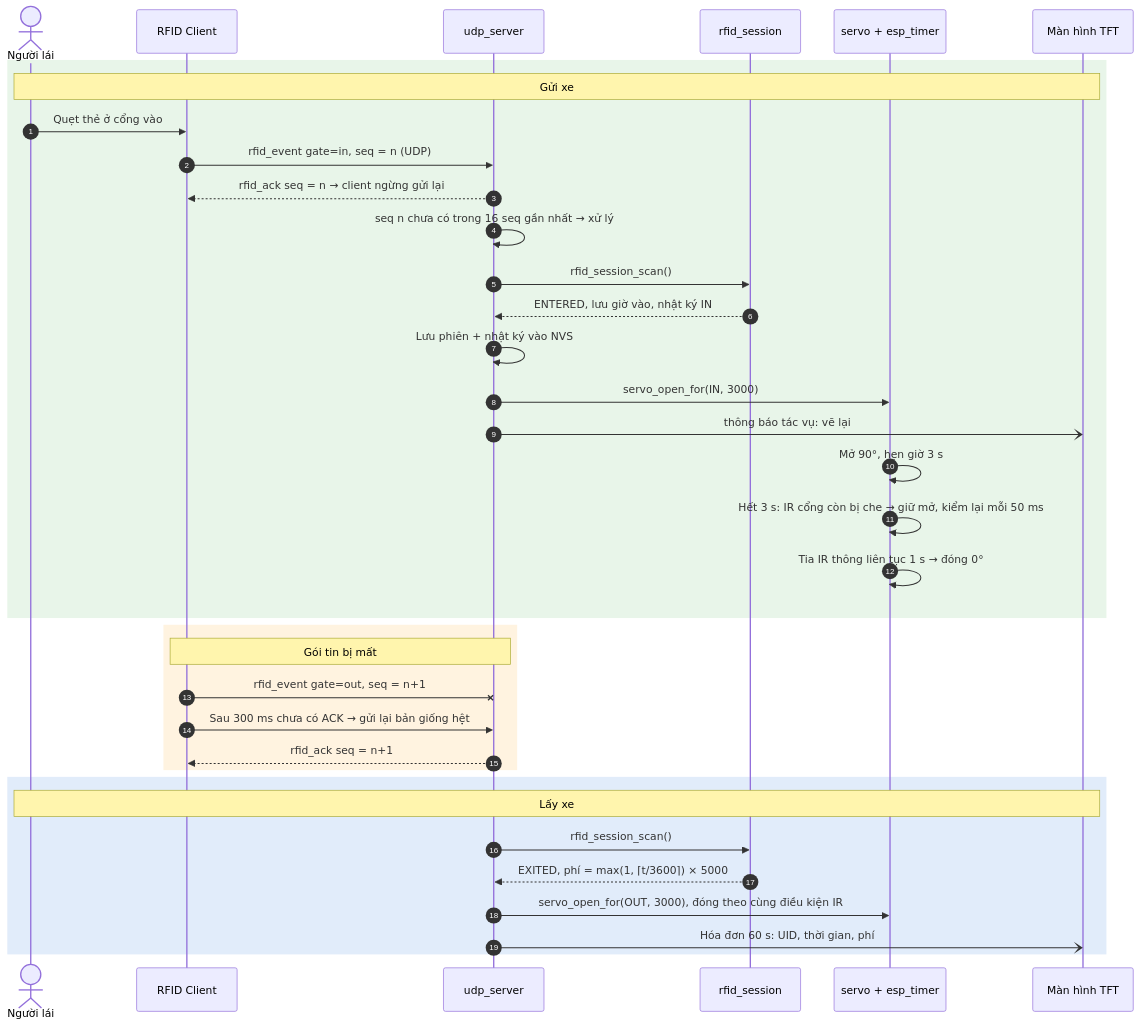
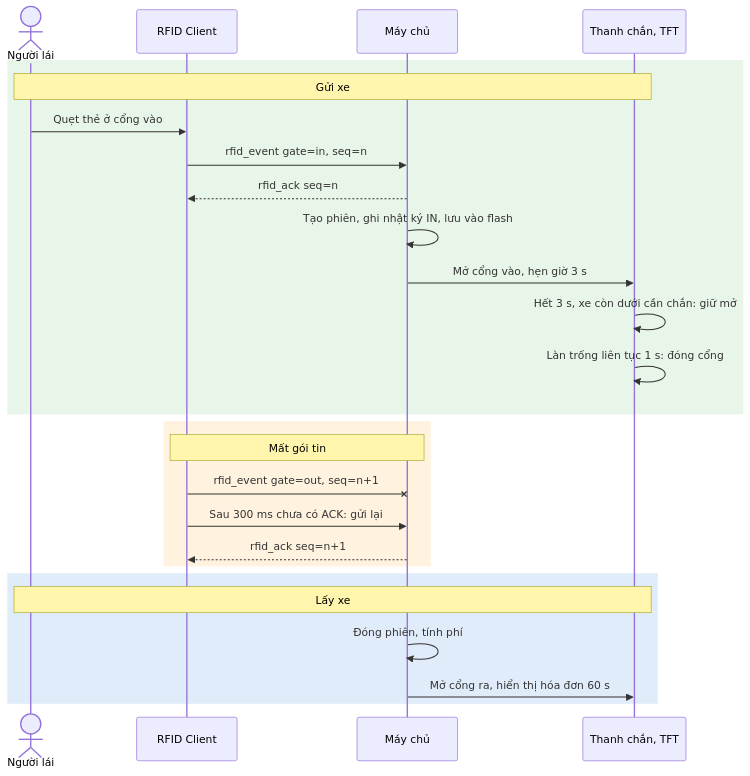
One commit to thinhdinh25/INT3108_embedded-Smart-Parking-Project changed the diagram in report/diagrams/seq_rfid.mmd. Above: the diagram before and after it, drawn with Mermaid. The commit also changed 12 other files, not shown here.

```diff
--- a/report/diagrams/seq_rfid.mmd
+++ b/report/diagrams/seq_rfid.mmd
@@ -1,36 +1,26 @@
 sequenceDiagram
-  autonumber
   actor U as Người lái
   participant C as RFID Client
-  participant S as udp_server
-  participant R as rfid_session
-  participant B as servo + esp_timer
-  participant L as Màn hình TFT
+  participant S as Máy chủ
+  participant B as Thanh chắn, TFT
   rect rgb(232, 245, 233)
-  Note over U,L: Gửi xe
+  Note over U,B: Gửi xe
   U->>C: Quẹt thẻ ở cổng vào
-  C->>S: rfid_event gate=in, seq = n (UDP)
-  S-->>C: rfid_ack seq = n → client ngừng gửi lại
-  S->>S: seq n chưa có trong 16 seq gần nhất → xử lý
-  S->>R: rfid_session_scan()
-  R-->>S: ENTERED, lưu giờ vào, nhật ký IN
-  S->>S: Lưu phiên + nhật ký vào NVS
-  S->>B: servo_open_for(IN, 3000)
-  S-)L: thông báo tác vụ: vẽ lại
-  B->>B: Mở 90°, hẹn giờ 3 s
-  B->>B: Hết 3 s: IR cổng còn bị che → giữ mở, kiểm lại mỗi 50 ms
-  B->>B: Tia IR thông liên tục 1 s → đóng 0°
+  C->>S: rfid_event gate=in, seq=n
+  S-->>C: rfid_ack seq=n
+  S->>S: Tạo phiên, ghi nhật ký IN, lưu vào flash
+  S->>B: Mở cổng vào, hẹn giờ 3 s
+  B->>B: Hết 3 s, xe còn dưới cần chắn: giữ mở
+  B->>B: Làn trống liên tục 1 s: đóng cổng
   end
   rect rgb(255, 243, 224)
-  Note over C,S: Gói tin bị mất
-  C-xS: rfid_event gate=out, seq = n+1
-  C->>S: Sau 300 ms chưa có ACK → gửi lại bản giống hệt
-  S-->>C: rfid_ack seq = n+1
+  Note over C,S: Mất gói tin
+  C-xS: rfid_event gate=out, seq=n+1
+  C->>S: Sau 300 ms chưa có ACK: gửi lại
+  S-->>C: rfid_ack seq=n+1
   end
   rect rgb(225, 236, 250)
-  Note over U,L: Lấy xe
-  S->>R: rfid_session_scan()
-  R-->>S: EXITED, phí = max(1, ⌈t/3600⌉) × 5000
-  S->>B: servo_open_for(OUT, 3000), đóng theo cùng điều kiện IR
-  S-)L: Hóa đơn 60 s: UID, thời gian, phí
+  Note over U,B: Lấy xe
+  S->>S: Đóng phiên, tính phí
+  S->>B: Mở cổng ra, hiển thị hóa đơn 60 s
   end
```
